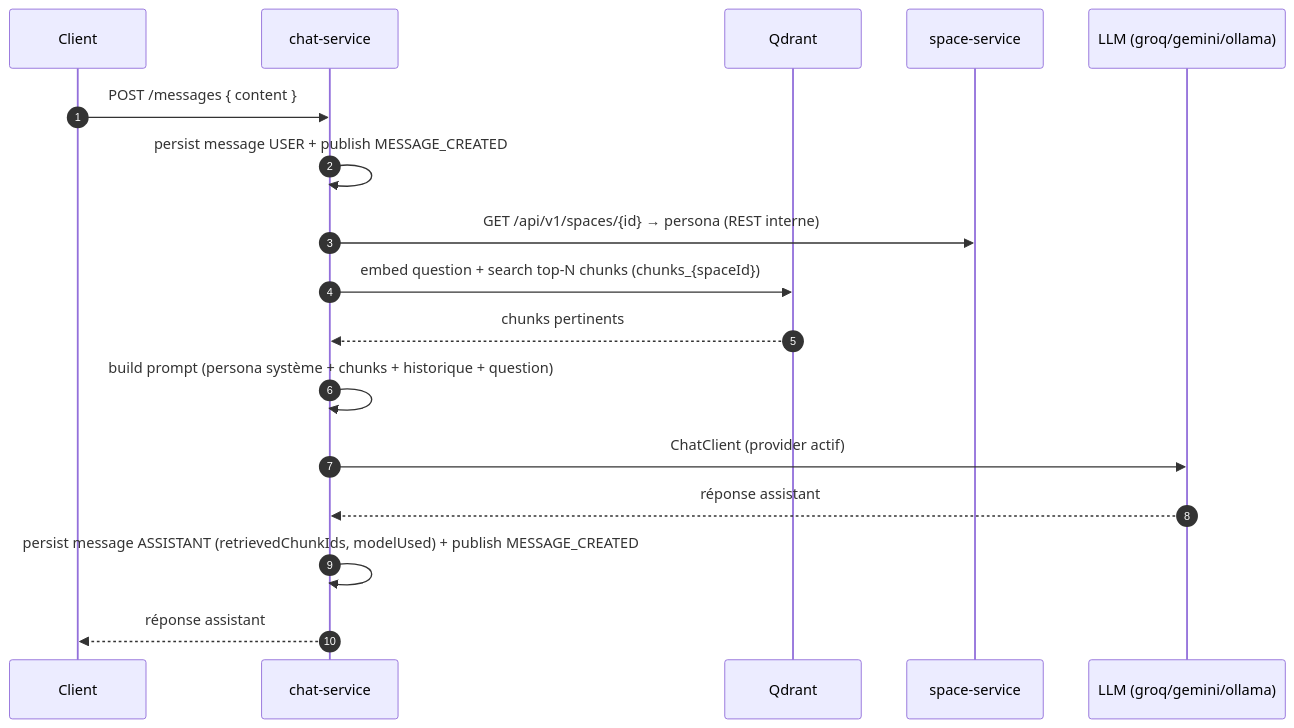
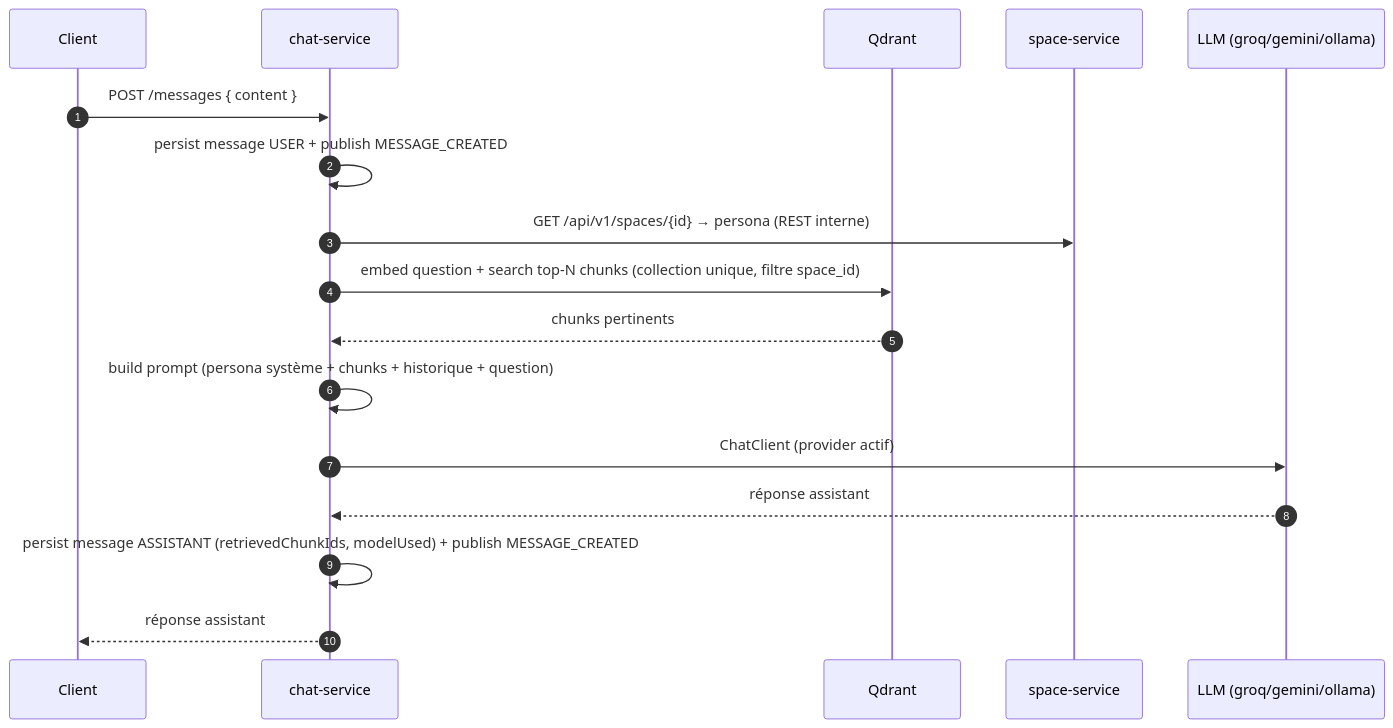
Before and after one commit to MixMaster2005/TsimokaAI: the diagram in chat-service/README.md, drawn with Mermaid. The commit also changed other lines of this file and 10 other files, not shown here.

````diff
--- a/chat-service/README.md
+++ b/chat-service/README.md
@@ -40,19 +40,19 @@
 ```mermaid
 sequenceDiagram
     autonumber
     participant C as Client
     participant U as chat-service
     participant V as Qdrant
     participant S as space-service
     participant L as LLM (groq/gemini/ollama)
     C->>U: POST /messages { content }
     U->>U: persist message USER + publish MESSAGE_CREATED
     U->>S: GET /api/v1/spaces/{id} → persona (REST interne)
-    U->>V: embed question + search top-N chunks (chunks_{spaceId})
+    U->>V: embed question + search top-N chunks (collection unique, filtre space_id)
     V-->>U: chunks pertinents
     U->>U: build prompt (persona système + chunks + historique + question)
     U->>L: ChatClient (provider actif)
     L-->>U: réponse assistant
     U->>U: persist message ASSISTANT (retrievedChunkIds, modelUsed) + publish MESSAGE_CREATED
     U-->>C: réponse assistant
 ```
````
